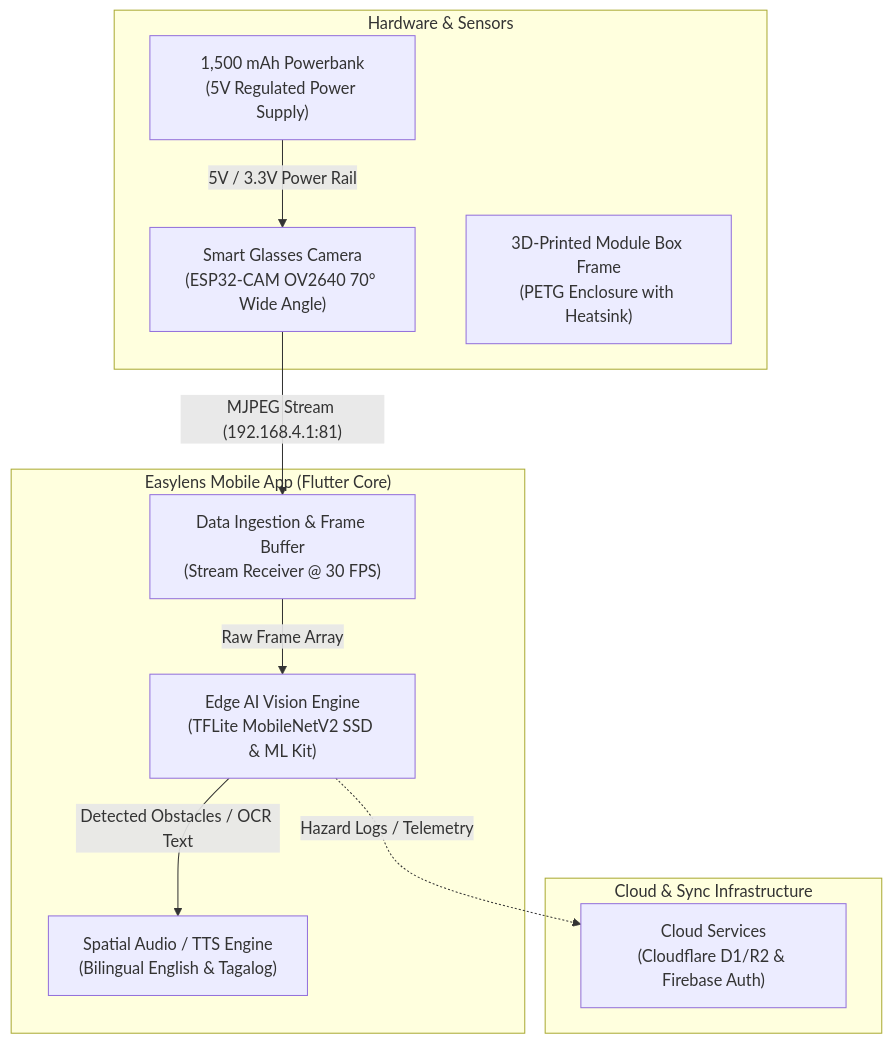
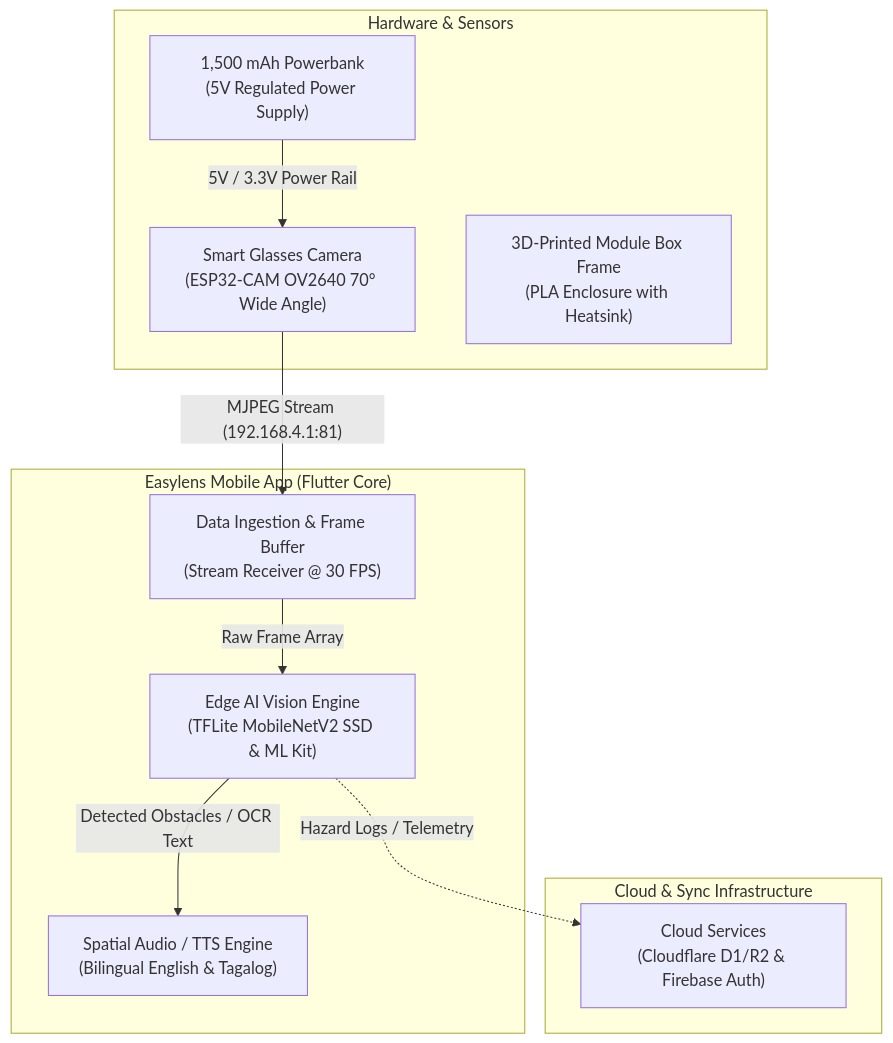
One commit to Thes-IS-IT/Easylens changed the first of 6 diagrams in docs/system_architecture/system_architecture_and_uml.md. Above: the diagram before and after it, drawn with Mermaid. The commit also changed other lines of this file and 4 other files, not shown here.

Commit message:
docs: update gantt chart timeline dates and correct 3D print material from PETG to PLA

````diff
--- a/docs/system_architecture/system_architecture_and_uml.md
+++ b/docs/system_architecture/system_architecture_and_uml.md
@@ -17,24 +17,24 @@
 ```mermaid
 graph TD
     subgraph Hardware Layer ["Hardware & Sensors"]
         CAM["Smart Glasses Camera\n(ESP32-CAM OV2640 70° Wide Angle)"]
         PWR["1,500 mAh Powerbank\n(5V Regulated Power Supply)"]
-        CLP["3D-Printed Module Box Frame\n(PETG Enclosure with Heatsink)"]
+        CLP["3D-Printed Module Box Frame\n(PLA Enclosure with Heatsink)"]
     end
 
     subgraph Mobile Edge Layer ["Easylens Mobile App (Flutter Core)"]
         ING["Data Ingestion & Frame Buffer\n(Stream Receiver @ 30 FPS)"]
         AI["Edge AI Vision Engine\n(TFLite MobileNetV2 SSD & ML Kit)"]
         TTS["Spatial Audio / TTS Engine\n(Bilingual English & Tagalog)"]
     end
 
     subgraph Cloud Layer ["Cloud & Sync Infrastructure"]
         CLOUD["Cloud Services\n(Cloudflare D1/R2 & Firebase Auth)"]
     end
 
     PWR -->|"5V / 3.3V Power Rail"| CAM
     CAM -->|"MJPEG Stream (192.168.4.1:81)"| ING
     ING -->|"Raw Frame Array"| AI
     AI -->|"Detected Obstacles / OCR Text"| TTS
     AI -.->|"Hazard Logs / Telemetry"| CLOUD
 ```
````
